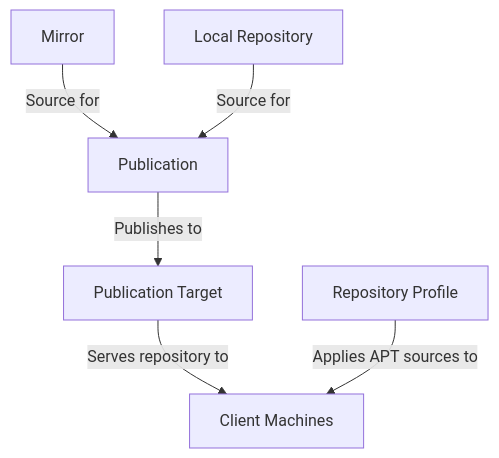
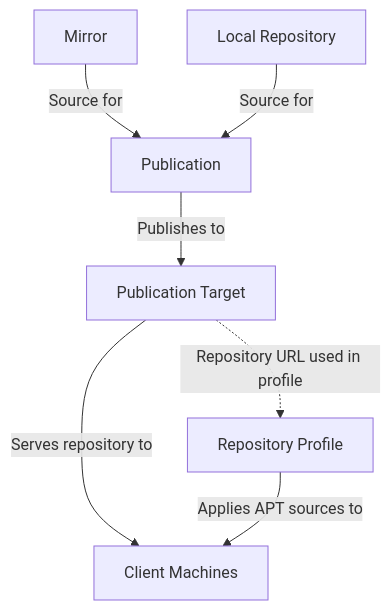
Before and after one commit to canonical/landscape-documentation: the diagram in docs/explanation/features/repository-mirroring-2604.md, drawn with Mermaid.

Commit message:
add dotted line to mermaid chart

````diff
--- a/docs/explanation/features/repository-mirroring-2604.md
+++ b/docs/explanation/features/repository-mirroring-2604.md
@@ -36,8 +36,9 @@
 ```{mermaid}
 graph TD
     A[Mirror] -->|Source for| C[Publication]
-    B[Local Repository] -->|Source for| C[Publication]
-    C[Publication] -->|Publishes to| D[Publication Target]
-    D[Publication Target] -->|Serves repository to| E[Client Machines]
-    F[Repository Profile] -->|Applies APT sources to| E[Client Machines]
+    B[Local Repository] -->|Source for| C
+    C -->|Publishes to| D[Publication Target]
+    D -->|Serves repository to| E[Client Machines]
+    F[Repository Profile] -->|Applies APT sources to| E
+    D -.->|Repository URL used in profile| F
 ```
````
